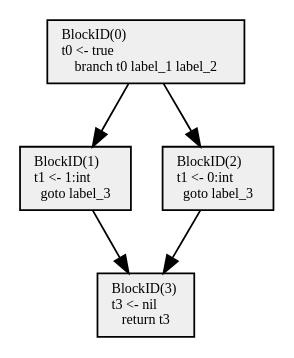
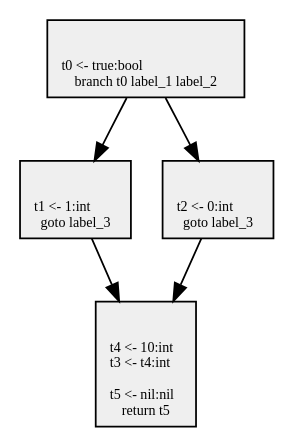
Before and after one commit to Lapz/tox: the diagram in tox/viz.dot, drawn with Graphviz. The commit also changed other lines of this file and 9 other files, not shown here.

```diff
--- a/tox/viz.dot
+++ b/tox/viz.dot
@@ -1,15 +1,14 @@
 digraph {
-
     rankdir=TD; ordering=out;
     color="#efefef";
     node[shape=box style=filled fontsize=8 fontname="Verdana" fillcolor="#efefef"];
     edge[fontsize=8 fontname="Verdana"];
-    0 [label="BlockID(0)\lt0 <- true\lbranch t0 label_1 label_2"]
-    1 [label="BlockID(1)\lt1 <- 1:int\lgoto label_3"]
-    2 [label="BlockID(2)\lt1 <- 0:int\lgoto label_3"]
-    3 [label="BlockID(3)\lt3 <- nil\lreturn t3"]
-    0 -> 1 
-    0 -> 2
-    1 -> 3
-    2 -> 3 
+	1 [label="\l\lt1 <- 1:int\lgoto label_3"]
+	2 [label="\l\lt2 <- 0:int\lgoto label_3"]
+	3 [label="\l\lt4 <- 10:int\lt3 <- t4:int\l\lt5 <- nil:nil\lreturn t5"]
+	0 [label="\l\lt0 <- true:bool\lbranch t0 label_1 label_2"]
+	1->3
+	2->3
+	0->1
+	0->2
 }
```
